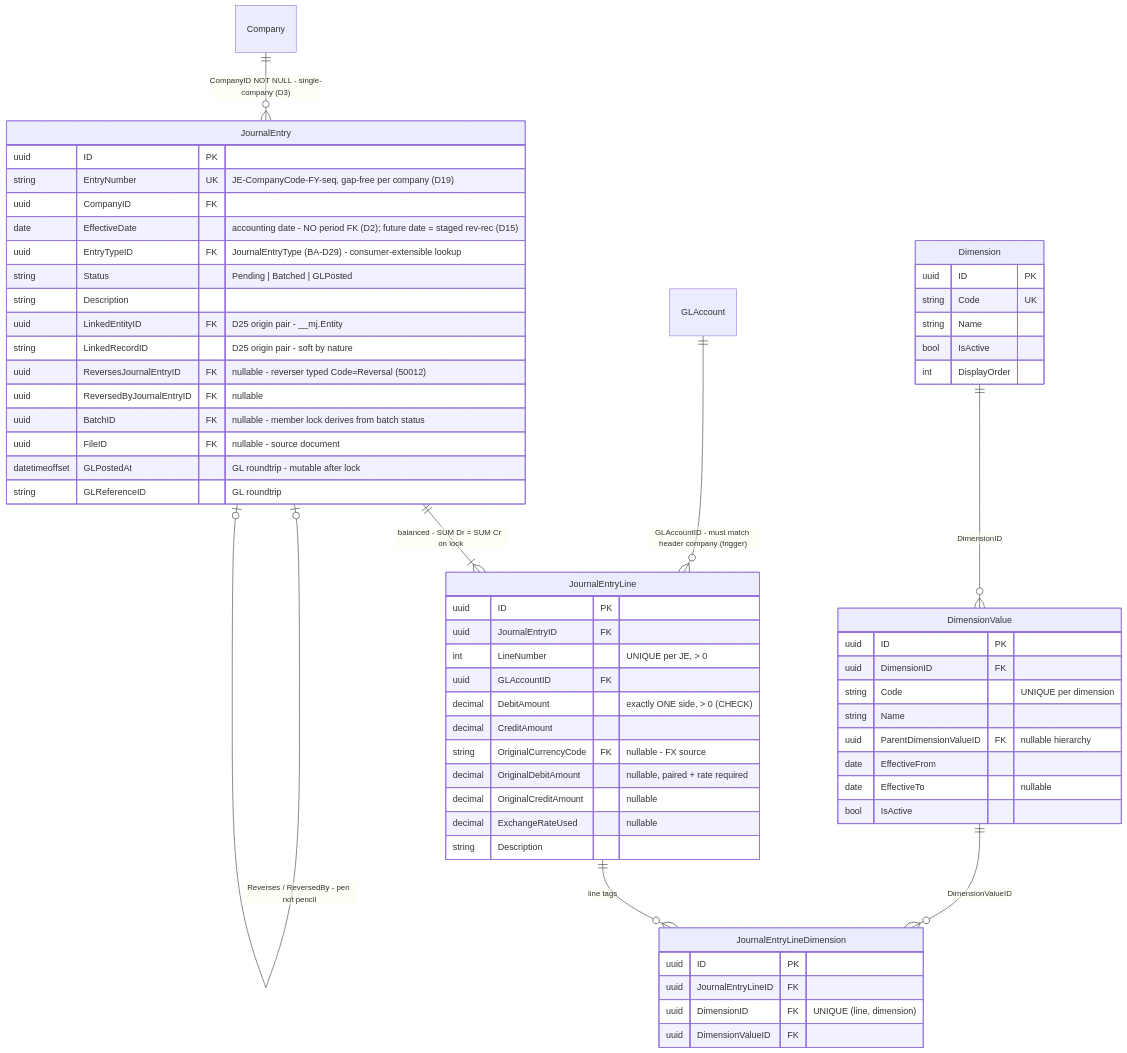
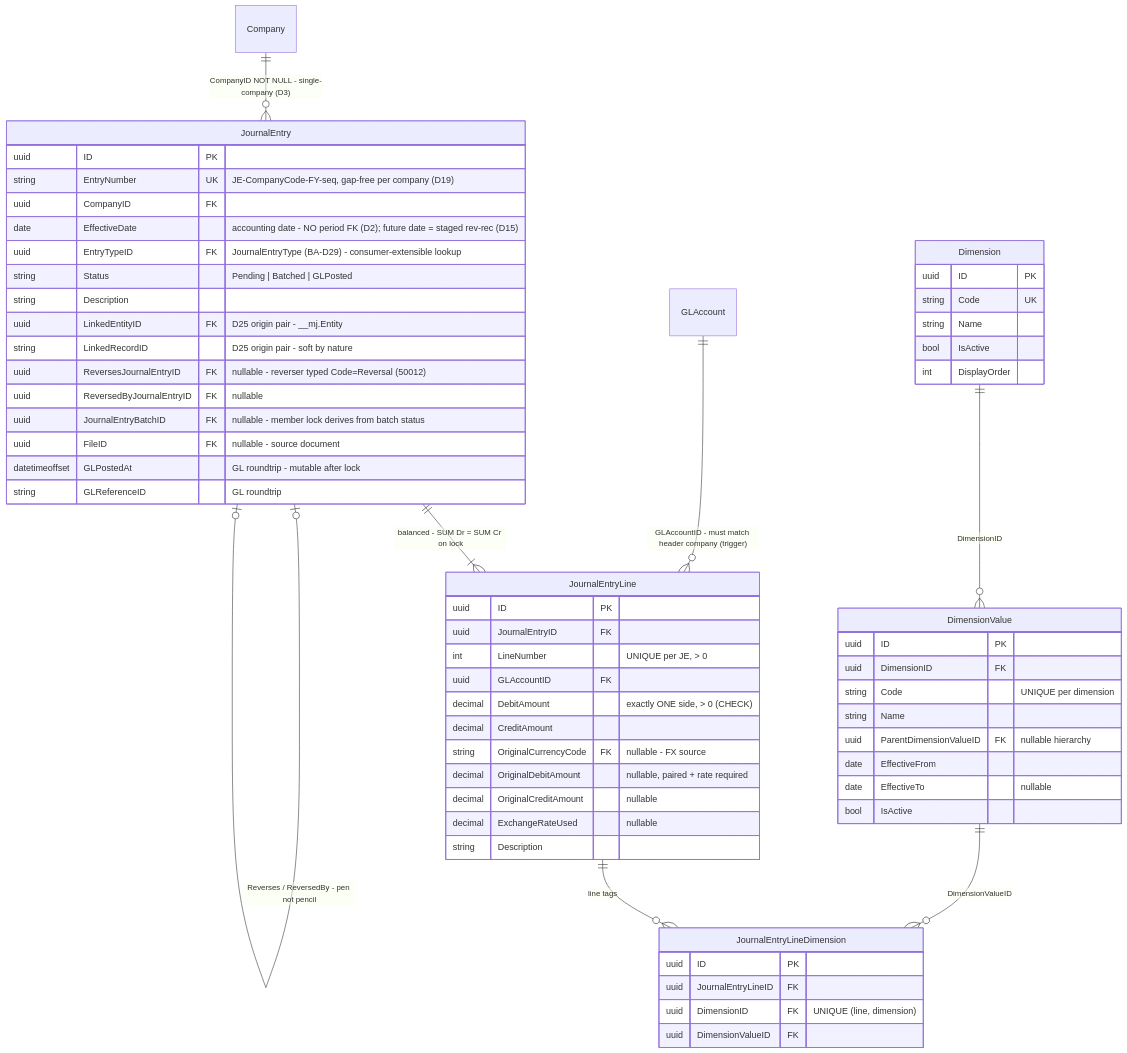
Before and after one commit to MemberJunction/bizapps-accounting: the sixth of 12 diagrams in docs/bizapps-accounting-erd.md, drawn with Mermaid. The commit also changed other lines of this file and 68 other files, not shown here.

First line of the commit message:
refactor: JournalEntryBatch naming — columns, DisplayNames, SQL objects, ops, files, classes (Amith ruling)

````diff
--- a/docs/bizapps-accounting-erd.md
+++ b/docs/bizapps-accounting-erd.md
@@ -572,64 +572,64 @@
 ```mermaid
 erDiagram
     Company ||--o{ JournalEntry : "CompanyID NOT NULL - single-company (D3)"
     JournalEntry ||--|{ JournalEntryLine : "balanced - SUM Dr = SUM Cr on lock"
     GLAccount ||--o{ JournalEntryLine : "GLAccountID - must match header company (trigger)"
     JournalEntry |o--o| JournalEntry : "Reverses / ReversedBy - pen not pencil"
     JournalEntryLine ||--o{ JournalEntryLineDimension : "line tags"
     Dimension ||--o{ DimensionValue : "DimensionID"
     DimensionValue ||--o{ JournalEntryLineDimension : "DimensionValueID"
 
     JournalEntry {
         uuid ID PK
         string EntryNumber UK "JE-CompanyCode-FY-seq, gap-free per company (D19)"
         uuid CompanyID FK
         date EffectiveDate "accounting date - NO period FK (D2); future date = staged rev-rec (D15)"
         uuid EntryTypeID FK "JournalEntryType (BA-D29) - consumer-extensible lookup"
         string Status "Pending | Batched | GLPosted"
         string Description
         uuid LinkedEntityID FK "D25 origin pair - __mj.Entity"
         string LinkedRecordID "D25 origin pair - soft by nature"
         uuid ReversesJournalEntryID FK "nullable - reverser typed Code=Reversal (50012)"
         uuid ReversedByJournalEntryID FK "nullable"
-        uuid BatchID FK "nullable - member lock derives from batch status"
+        uuid JournalEntryBatchID FK "nullable - member lock derives from batch status"
         uuid FileID FK "nullable - source document"
         datetimeoffset GLPostedAt "GL roundtrip - mutable after lock"
         string GLReferenceID "GL roundtrip"
     }
     JournalEntryLine {
         uuid ID PK
         uuid JournalEntryID FK
         int LineNumber "UNIQUE per JE, > 0"
         uuid GLAccountID FK
         decimal DebitAmount "exactly ONE side, > 0 (CHECK)"
         decimal CreditAmount
         string OriginalCurrencyCode FK "nullable - FX source"
         decimal OriginalDebitAmount "nullable, paired + rate required"
         decimal OriginalCreditAmount "nullable"
         decimal ExchangeRateUsed "nullable"
         string Description
     }
     JournalEntryLineDimension {
         uuid ID PK
         uuid JournalEntryLineID FK
         uuid DimensionID FK "UNIQUE (line, dimension)"
         uuid DimensionValueID FK
     }
     Dimension {
         uuid ID PK
         string Code UK
         string Name
         bool IsActive
         int DisplayOrder
     }
     DimensionValue {
         uuid ID PK
         uuid DimensionID FK
         string Code "UNIQUE per dimension"
         string Name
         uuid ParentDimensionValueID FK "nullable hierarchy"
         date EffectiveFrom
         date EffectiveTo "nullable"
         bool IsActive
     }
 ```
````
